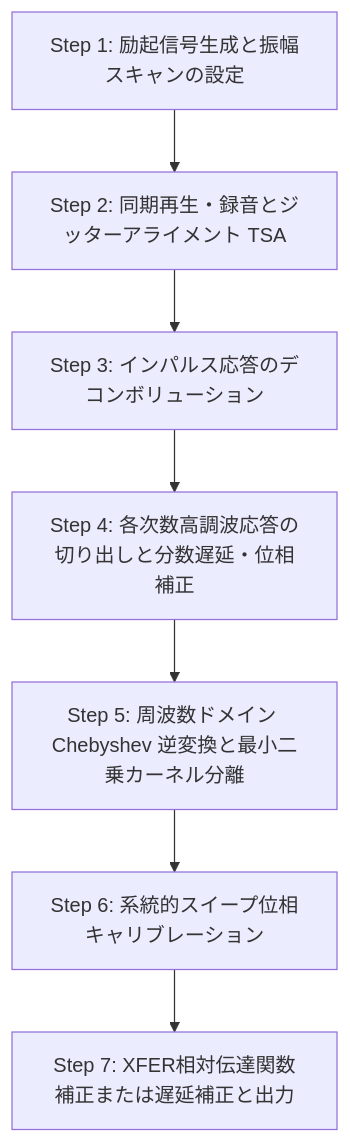
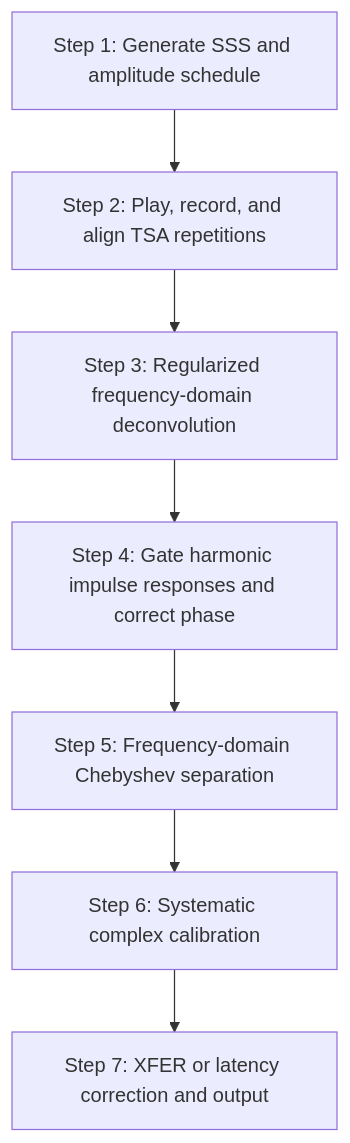
One commit to youtube-at-vach/MeasureLab changed the diagram in tech_docs/implementation/sss_measurement.md. Above: the diagram before and after it, drawn with Mermaid. The commit also changed other lines of this file and 4 other files, not shown here.

````diff
--- a/tech_docs/implementation/sss_measurement.md
+++ b/tech_docs/implementation/sss_measurement.md
@@ -18,9 +16,9 @@
 ```mermaid
 graph TD
-    A[Step 1: 励起信号生成と振幅スキャンの設定] --> B[Step 2: 同期再生・録音とジッターアライメント TSA]
-    B --> C[Step 3: インパルス応答のデコンボリューション]
-    C --> D[Step 4: 各次数高調波応答の切り出しと分数遅延・位相補正]
-    D --> E[Step 5: 周波数ドメイン Chebyshev 逆変換と最小二乗カーネル分離]
-    E --> F[Step 6: 系統的スイープ位相キャリブレーション]
-    F --> G[Step 7: XFER相対伝達関数補正または遅延補正と出力]
+    A[Step 1: Generate SSS and amplitude schedule] --> B[Step 2: Play, record, and align TSA repetitions]
+    B --> C[Step 3: Regularized frequency-domain deconvolution]
+    C --> D[Step 4: Gate harmonic impulse responses and correct phase]
+    D --> E[Step 5: Frequency-domain Chebyshev separation]
+    E --> F[Step 6: Systematic complex calibration]
+    F --> G[Step 7: XFER or latency correction and output]
 ```
````
